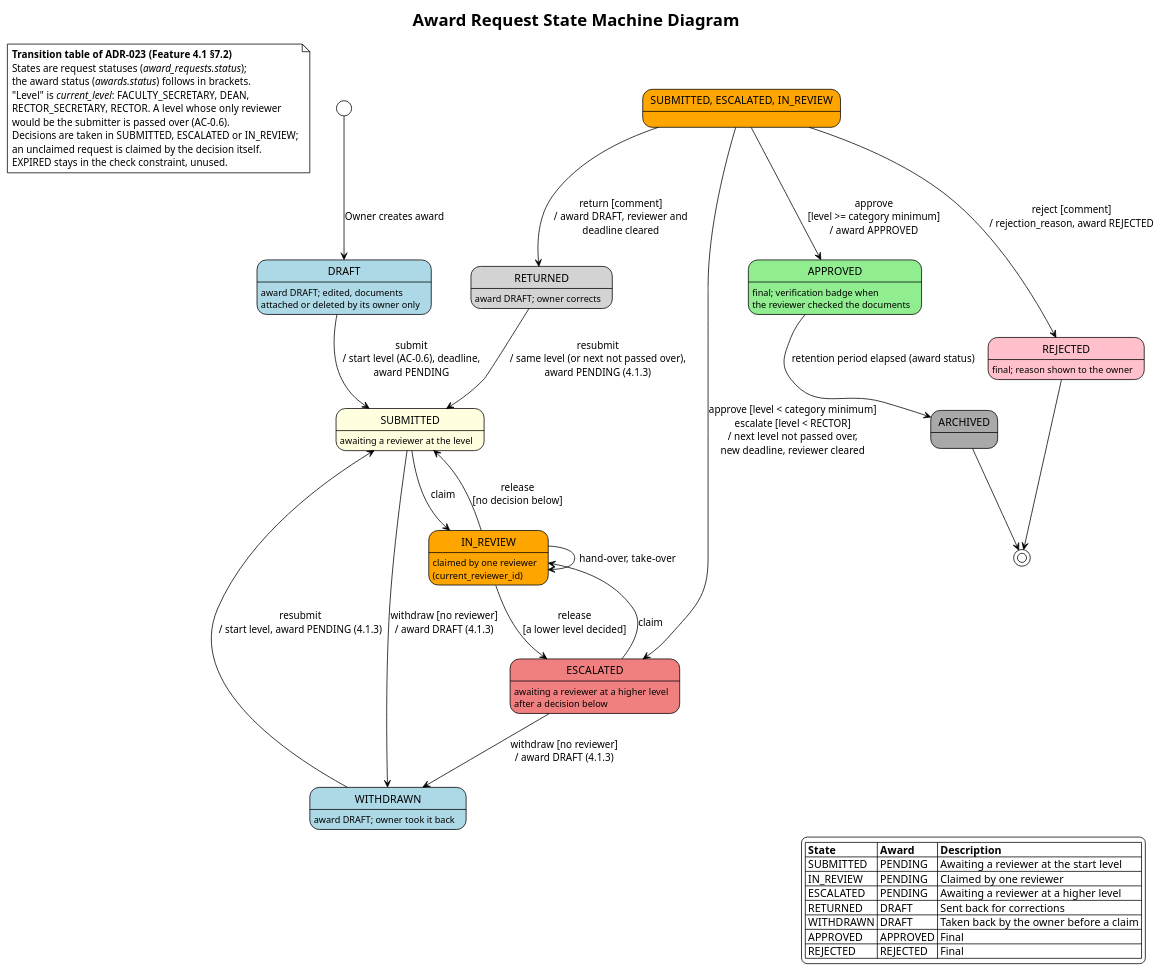
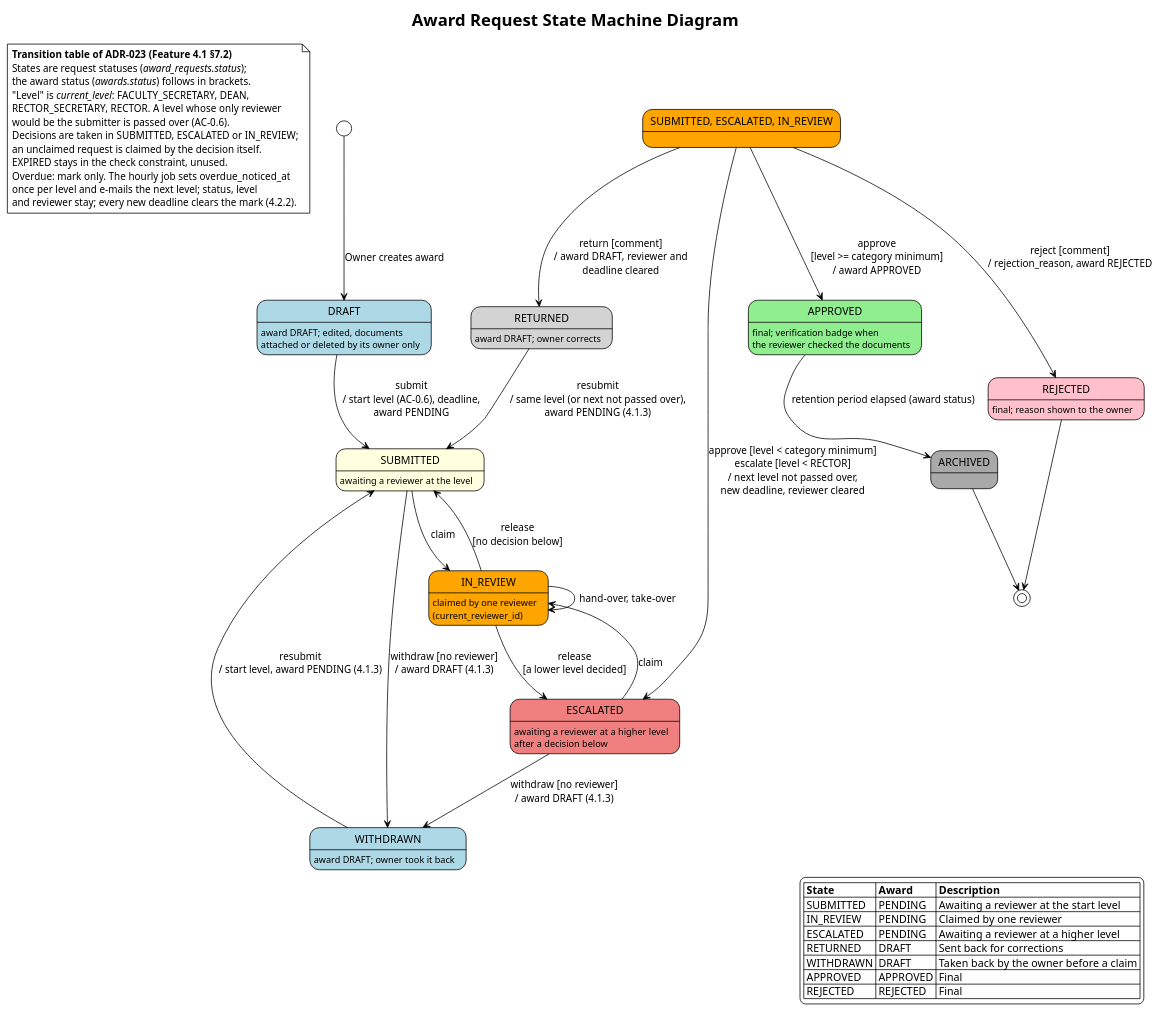
Before and after one commit to StKostyk/award-monitoring-system: the diagram in docs/diagrams/uml/state-machine-award-request.puml, drawn with PlantUML. The commit also changed 61 other files, not shown here.

First line of the commit message:
feat(award): notify the next level of overdue requests and record review metrics

```diff
--- a/docs/diagrams/uml/state-machine-award-request.puml
+++ b/docs/diagrams/uml/state-machine-award-request.puml
@@ -1,77 +1,80 @@
 @startuml StateMachine_Award_Request
 !theme plain
 skinparam state {
     BackgroundColor<<draft>> LightBlue
     BackgroundColor<<pending>> LightYellow
     BackgroundColor<<review>> Orange
     BackgroundColor<<escalated>> LightCoral
     BackgroundColor<<approved>> LightGreen
     BackgroundColor<<rejected>> Pink
     BackgroundColor<<returned>> LightGray
     BackgroundColor<<archived>> DarkGray
 }
 
 title Award Request State Machine Diagram
 
 note as AsBuilt
     <b>Transition table of ADR-023 (Feature 4.1 §7.2)</b>
     States are request statuses (<i>award_requests.status</i>);
     the award status (<i>awards.status</i>) follows in brackets.
     "Level" is <i>current_level</i>: FACULTY_SECRETARY, DEAN,
     RECTOR_SECRETARY, RECTOR. A level whose only reviewer
     would be the submitter is passed over (AC-0.6).
     Decisions are taken in SUBMITTED, ESCALATED or IN_REVIEW;
     an unclaimed request is claimed by the decision itself.
     EXPIRED stays in the check constraint, unused.
+    Overdue: mark only. The hourly job sets overdue_noticed_at
+    once per level and e-mails the next level; status, level
+    and reviewer stay; every new deadline clears the mark (4.2.2).
 end note
 
 [*] --> DRAFT <<draft>> : Owner creates award
 
 state DRAFT <<draft>> : award DRAFT; edited, documents\nattached or deleted by its owner only
 
 DRAFT --> SUBMITTED <<pending>> : submit\n/ start level (AC-0.6), deadline,\naward PENDING
 
 state SUBMITTED <<pending>> : awaiting a reviewer at the level
 state ESCALATED <<escalated>> : awaiting a reviewer at a higher level\nafter a decision below
 state IN_REVIEW <<review>> : claimed by one reviewer\n(current_reviewer_id)
 
 SUBMITTED --> IN_REVIEW : claim
 ESCALATED --> IN_REVIEW : claim
 IN_REVIEW --> SUBMITTED : release\n[no decision below]
 IN_REVIEW --> ESCALATED : release\n[a lower level decided]
 IN_REVIEW --> IN_REVIEW : hand-over, take-over
 
 state "SUBMITTED, ESCALATED, IN_REVIEW" as Open <<review>>
 Open --> APPROVED <<approved>> : approve\n[level >= category minimum]\n/ award APPROVED
 Open --> ESCALATED : approve [level < category minimum]\nescalate [level < RECTOR]\n/ next level not passed over,\nnew deadline, reviewer cleared
 Open --> RETURNED <<returned>> : return [comment]\n/ award DRAFT, reviewer and\ndeadline cleared
 Open --> REJECTED <<rejected>> : reject [comment]\n/ rejection_reason, award REJECTED
 
 SUBMITTED --> WITHDRAWN : withdraw [no reviewer]\n/ award DRAFT (4.1.3)
 ESCALATED --> WITHDRAWN : withdraw [no reviewer]\n/ award DRAFT (4.1.3)
 
 state RETURNED <<returned>> : award DRAFT; owner corrects
 state WITHDRAWN <<draft>> : award DRAFT; owner took it back
 
 RETURNED --> SUBMITTED : resubmit\n/ same level (or next not passed over),\naward PENDING (4.1.3)
 WITHDRAWN --> SUBMITTED : resubmit\n/ start level, award PENDING (4.1.3)
 
 state APPROVED <<approved>> : final; verification badge when\nthe reviewer checked the documents
 state REJECTED <<rejected>> : final; reason shown to the owner
 
 APPROVED --> ARCHIVED <<archived>> : retention period elapsed (award status)
 REJECTED --> [*]
 ARCHIVED --> [*]
 
 legend right
     |= State |= Award |= Description |
     | SUBMITTED | PENDING | Awaiting a reviewer at the start level |
     | IN_REVIEW | PENDING | Claimed by one reviewer |
     | ESCALATED | PENDING | Awaiting a reviewer at a higher level |
     | RETURNED | DRAFT | Sent back for corrections |
     | WITHDRAWN | DRAFT | Taken back by the owner before a claim |
     | APPROVED | APPROVED | Final |
     | REJECTED | REJECTED | Final |
 endlegend
 
 @enduml
```
